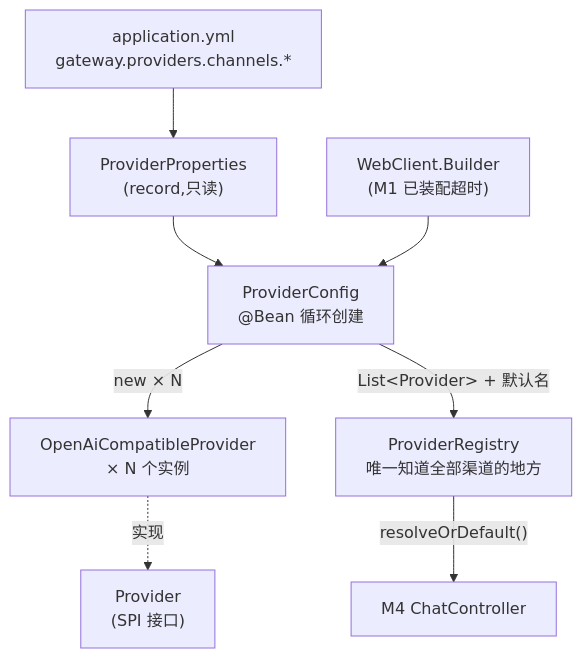
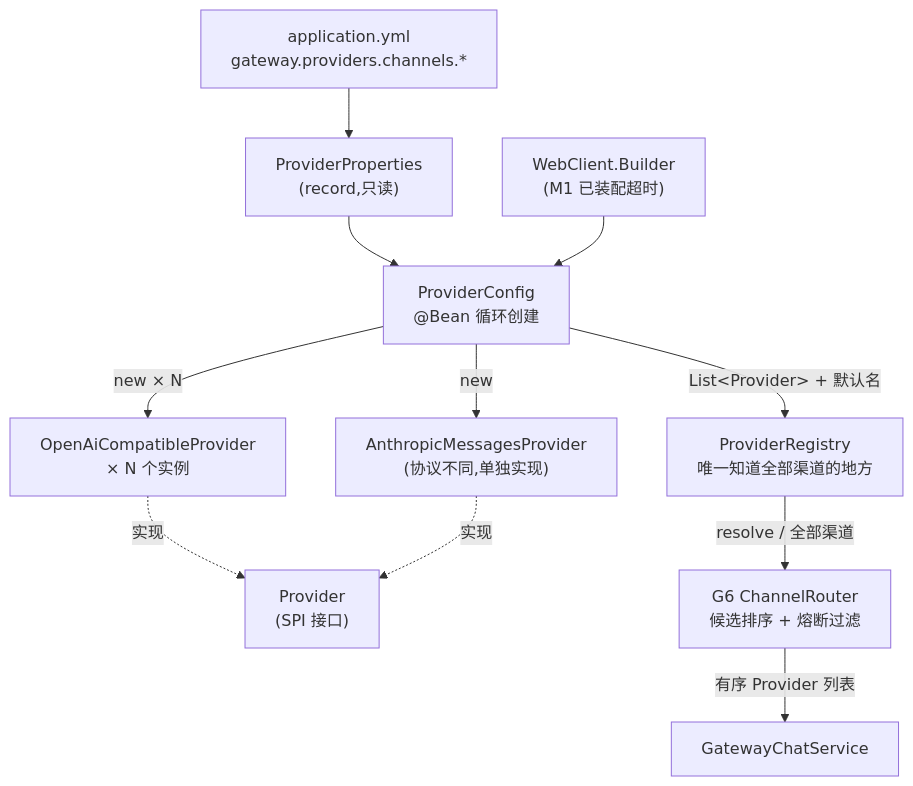
The first of 2 diagrams in docs/01-modules/02-上游渠道抽象/_index.md (maixiaowen111/llm-gateway), drawn with Mermaid before and after one commit. The commit also changed other lines of this file and 36 other files, not shown here.

````diff
--- a/docs/01-modules/02-上游渠道抽象/_index.md
+++ b/docs/01-modules/02-上游渠道抽象/_index.md
@@ -73,10 +73,13 @@
 ```mermaid
 graph TD
     YML["application.yml<br/>gateway.providers.channels.*"] --> PP["ProviderProperties<br/>(record,只读)"]
     PP --> PC["ProviderConfig<br/>@Bean 循环创建"]
     WC["WebClient.Builder<br/>(M1 已装配超时)"] --> PC
     PC -->|"new × N"| OAI["OpenAiCompatibleProvider<br/>× N 个实例"]
+    PC -->|"new"| ANT["AnthropicMessagesProvider<br/>(协议不同,单独实现)"]
     OAI -.实现.-> SPI["Provider<br/>(SPI 接口)"]
+    ANT -.实现.-> SPI
     PC -->|"List&lt;Provider&gt; + 默认名"| REG["ProviderRegistry<br/>唯一知道全部渠道的地方"]
-    REG -->|"resolveOrDefault()"| CC["M4 ChatController"]
+    REG -->|"resolve / 全部渠道"| RT["G6 ChannelRouter<br/>候选排序 + 熔断过滤"]
+    RT -->|"有序 Provider 列表"| SVC["GatewayChatService"]
 ```
````
